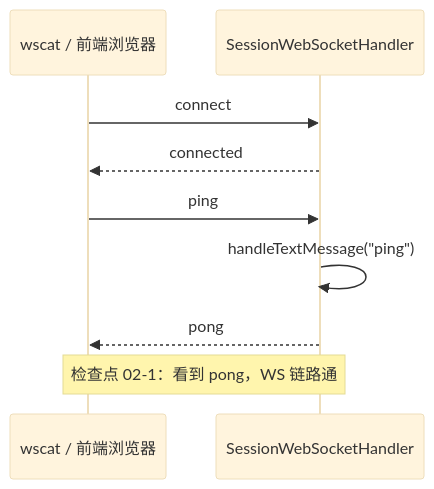
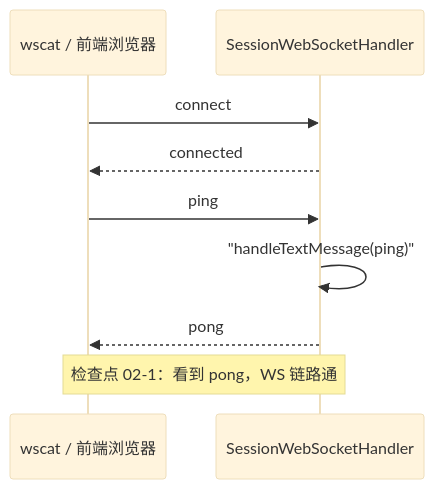
Before and after one commit to UranusGit/java-agent-learn: the first of 3 diagrams in docs/web-claude/02-环境准备.md, drawn with Mermaid (base theme). The commit also changed 137 other files, not shown here.

First line of the commit message:
docs全库mermaid图质量深化：改写残留字符画、补缺图、修坏图

````diff
--- a/docs/web-claude/02-环境准备.md
+++ b/docs/web-claude/02-环境准备.md
@@ -298,11 +298,11 @@
 ```mermaid
 sequenceDiagram
     participant C as wscat / 前端浏览器
     participant WS as SessionWebSocketHandler
     C->>WS: connect
     WS-->>C: connected
     C->>WS: ping
-    WS->>WS: handleTextMessage("ping")
+    WS->>WS: "handleTextMessage(ping)"
     WS-->>C: pong
     Note over C,WS: 检查点 02-1：看到 pong，WS 链路通
 ```
````
